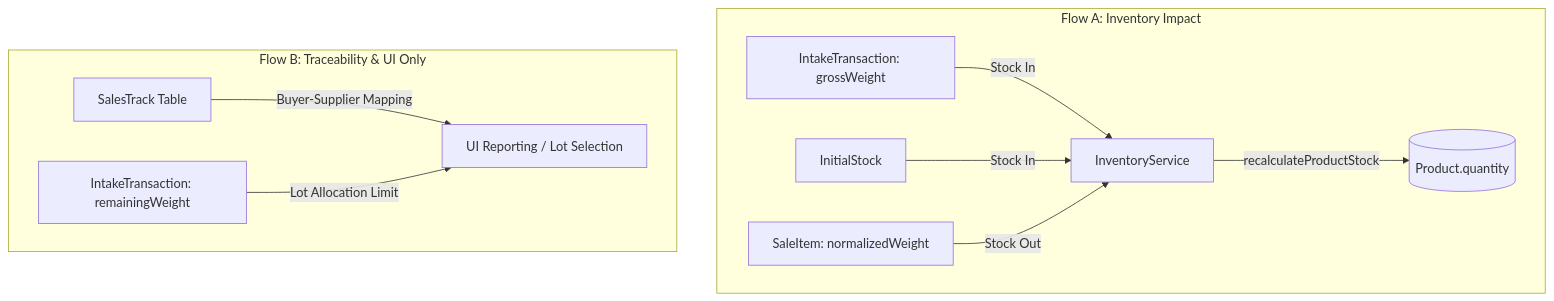
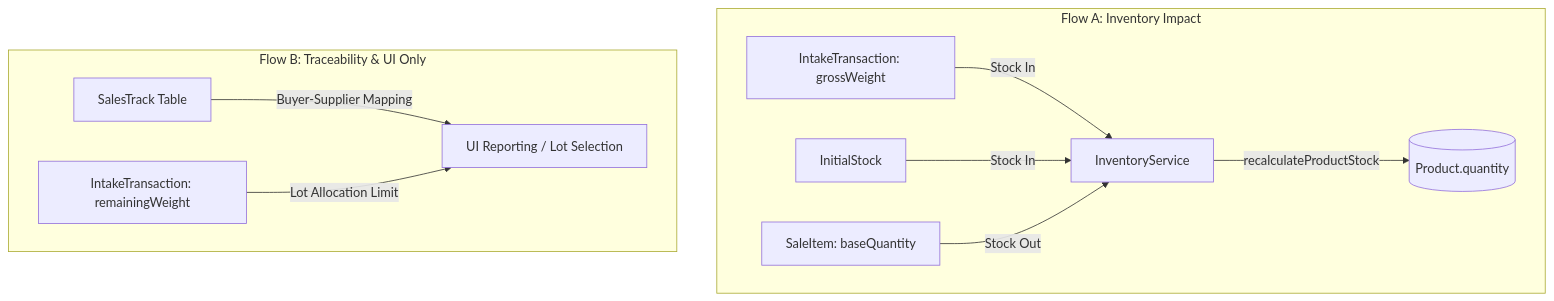
One commit to muhammadbinmakbool/Business-Mart changed the diagram in docs/inventory/inventory-philosophy.md. Above: the diagram before and after it, drawn with Mermaid. The commit also changed other lines of this file and 25 other files, not shown here.

Commit message:
refactor: rename normalizedWeight to baseQuantity across codebase

````diff
--- a/docs/inventory/inventory-philosophy.md
+++ b/docs/inventory/inventory-philosophy.md
@@ -24,14 +24,14 @@
 ```mermaid
 graph TD
     subgraph Flow A: Inventory Impact
         I[IntakeTransaction: grossWeight] -->|Stock In| INV[InventoryService]
         IS[InitialStock] -->|Stock In| INV
-        SI[SaleItem: normalizedWeight] -->|Stock Out| INV
+        SI[SaleItem: baseQuantity] -->|Stock Out| INV
         INV -->|recalculateProductStock| DB[(Product.quantity)]
     end
 
     subgraph Flow B: Traceability & UI Only
         ST[SalesTrack Table] -->|Buyer-Supplier Mapping| UI[UI Reporting / Lot Selection]
         RW[IntakeTransaction: remainingWeight] -->|Lot Allocation Limit| UI
     end
 ```
````
